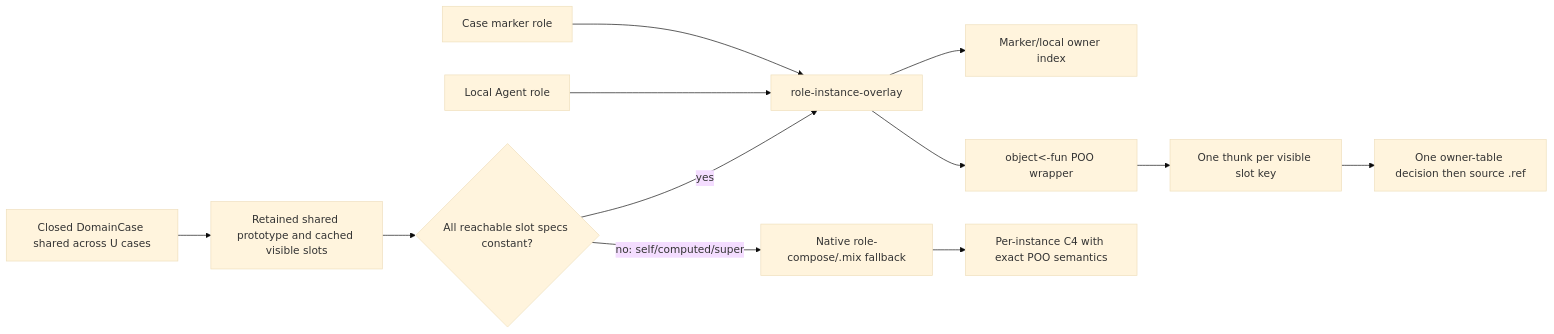
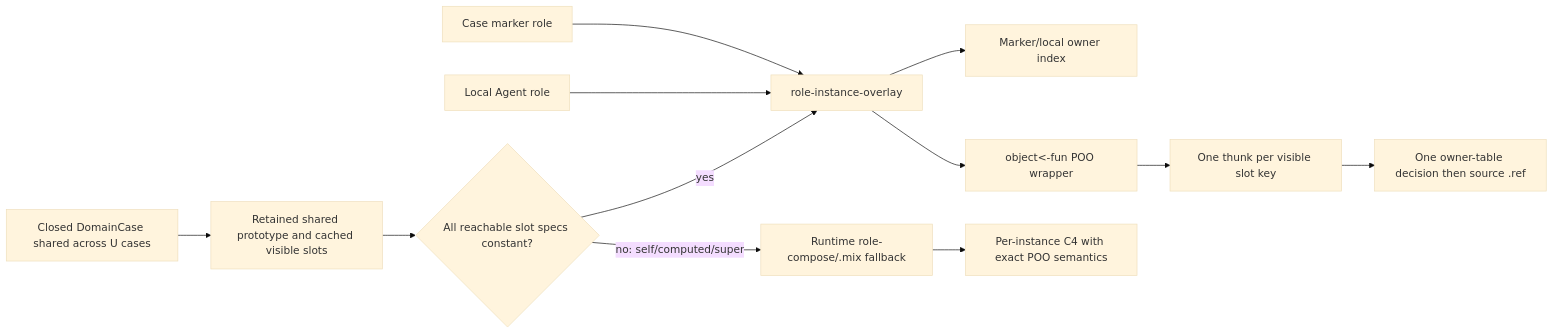
Before and after one commit to tao3k/gebril-yuanxu: the sixth of 6 diagrams in module-system/design/135-qualification-poo-capability-composition.org, drawn with Mermaid (base theme). The commit also changed other lines of this file and 1469 other files, not shown here.

```diff
--- a/module-system/design/135-qualification-poo-capability-composition.org
+++ b/module-system/design/135-qualification-poo-capability-composition.org
@@ -539,14 +539,14 @@
 #+begin_src mermaid
 flowchart LR
     DC["Closed DomainCase shared across U cases"] --> SP["Retained shared prototype and cached visible slots"]
     SP --> SAFE{"All reachable slot specs constant?"}
     MK["Case marker role"] --> FAST["role-instance-overlay"]
     LR["Local Agent role"] --> FAST
     SAFE -->|"yes"| FAST
     FAST --> IDX["Marker/local owner index"]
     FAST --> WRAP["object<-fun POO wrapper"]
     WRAP --> THUNK["One thunk per visible slot key"]
     THUNK --> LOOKUP["One owner-table decision then source .ref"]
-    SAFE -->|"no: self/computed/super"| MIX["Native role-compose/.mix fallback"]
+    SAFE -->|"no: self/computed/super"| MIX["Runtime role-compose/.mix fallback"]
     MIX --> C4["Per-instance C4 with exact POO semantics"]
 #+end_src
```
